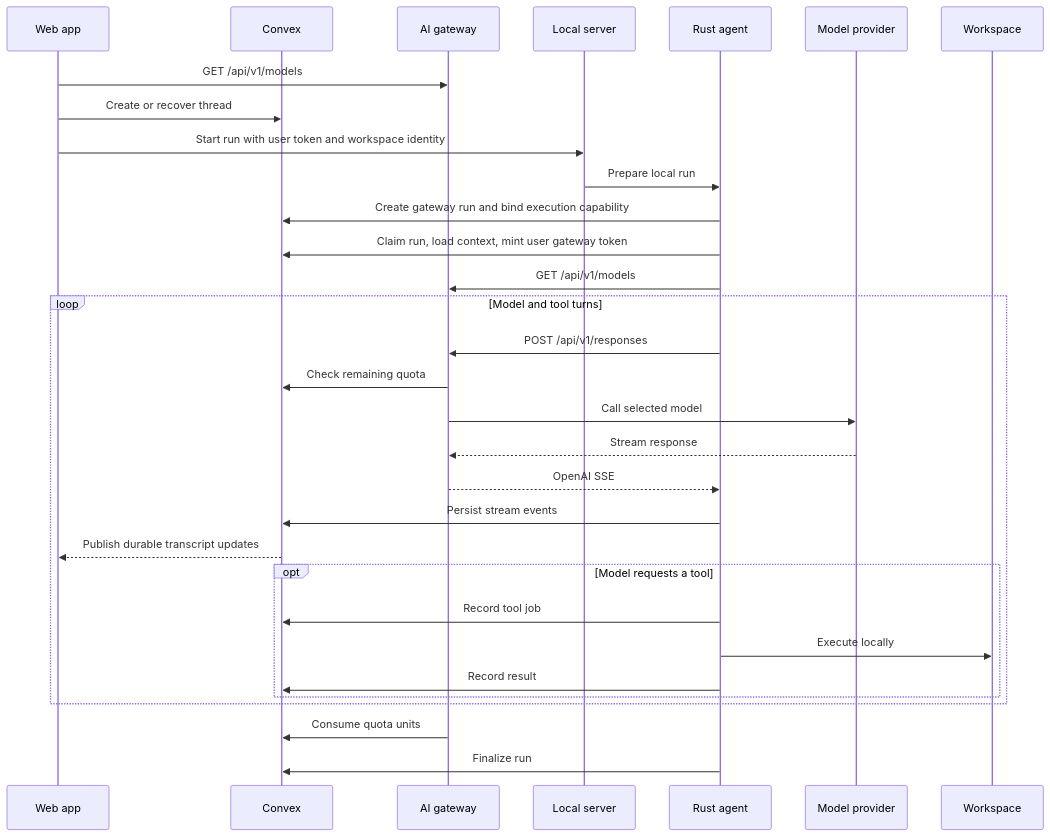
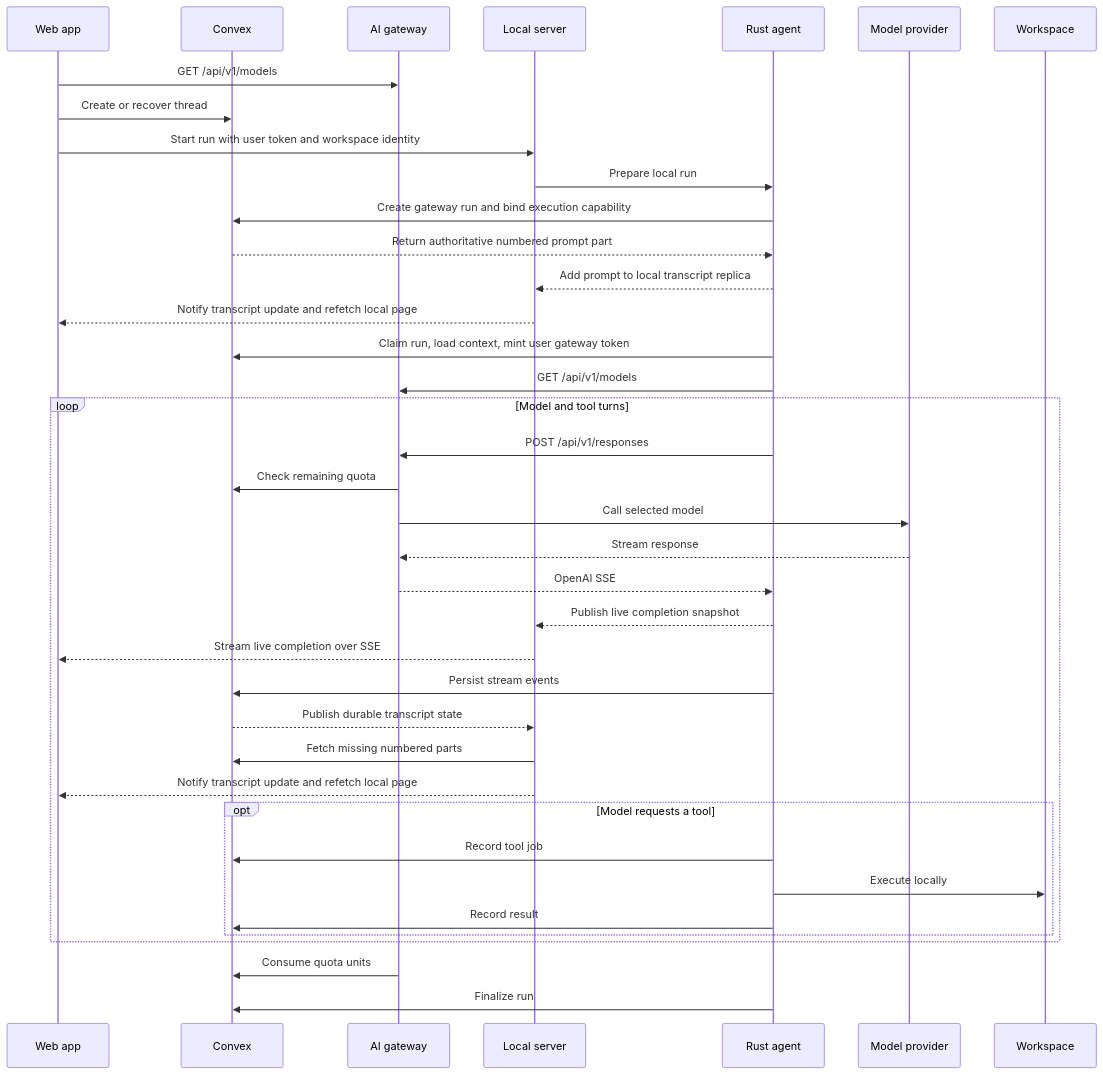
The second of 2 diagrams in ARCHITECTURE.md (spikonado/sprocket), drawn with Mermaid before and after one commit. The commit also changed other lines of this file and 11 other files, not shown here.

````diff
--- a/ARCHITECTURE.md
+++ b/ARCHITECTURE.md
@@ -120,34 +122,41 @@
 ```mermaid
 sequenceDiagram
     participant UI as Web app
     participant C as Convex
     participant G as AI gateway
     participant S as Local server
     participant A as Rust agent
     participant M as Model provider
     participant W as Workspace
 
     UI->>G: GET /api/v1/models
     UI->>C: Create or recover thread
     UI->>S: Start run with user token and workspace identity
     S->>A: Prepare local run
     A->>C: Create gateway run and bind execution capability
+    C-->>A: Return authoritative numbered prompt part
+    A-->>S: Add prompt to local transcript replica
+    S-->>UI: Notify transcript update and refetch local page
     A->>C: Claim run, load context, mint user gateway token
     A->>G: GET /api/v1/models
     loop Model and tool turns
         A->>G: POST /api/v1/responses
         G->>C: Check remaining quota
         G->>M: Call selected model
         M-->>G: Stream response
         G-->>A: OpenAI SSE
+        A-->>S: Publish live completion snapshot
+        S-->>UI: Stream live completion over SSE
         A->>C: Persist stream events
-        C-->>UI: Publish durable transcript updates
+        C-->>S: Publish durable transcript state
+        S->>C: Fetch missing numbered parts
+        S-->>UI: Notify transcript update and refetch local page
         opt Model requests a tool
             A->>C: Record tool job
             A->>W: Execute locally
             A->>C: Record result
         end
     end
     G->>C: Consume quota units
     A->>C: Finalize run
 ```
````
